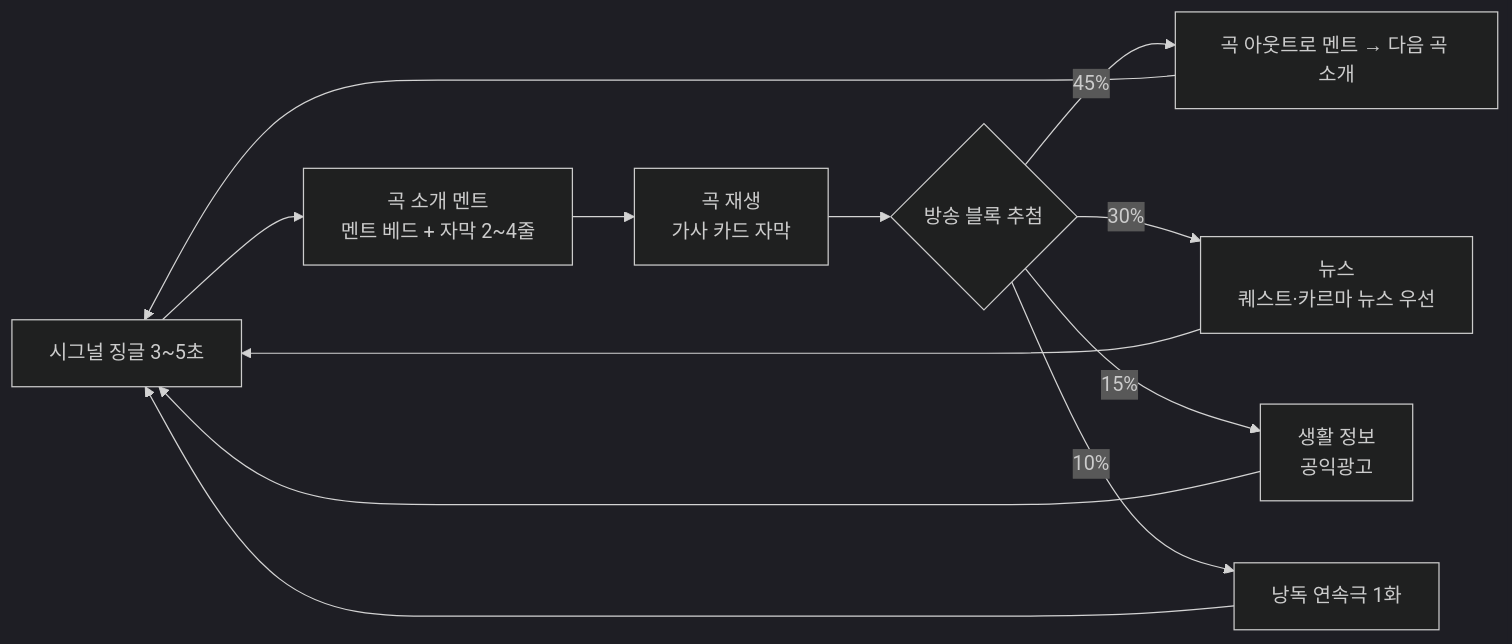
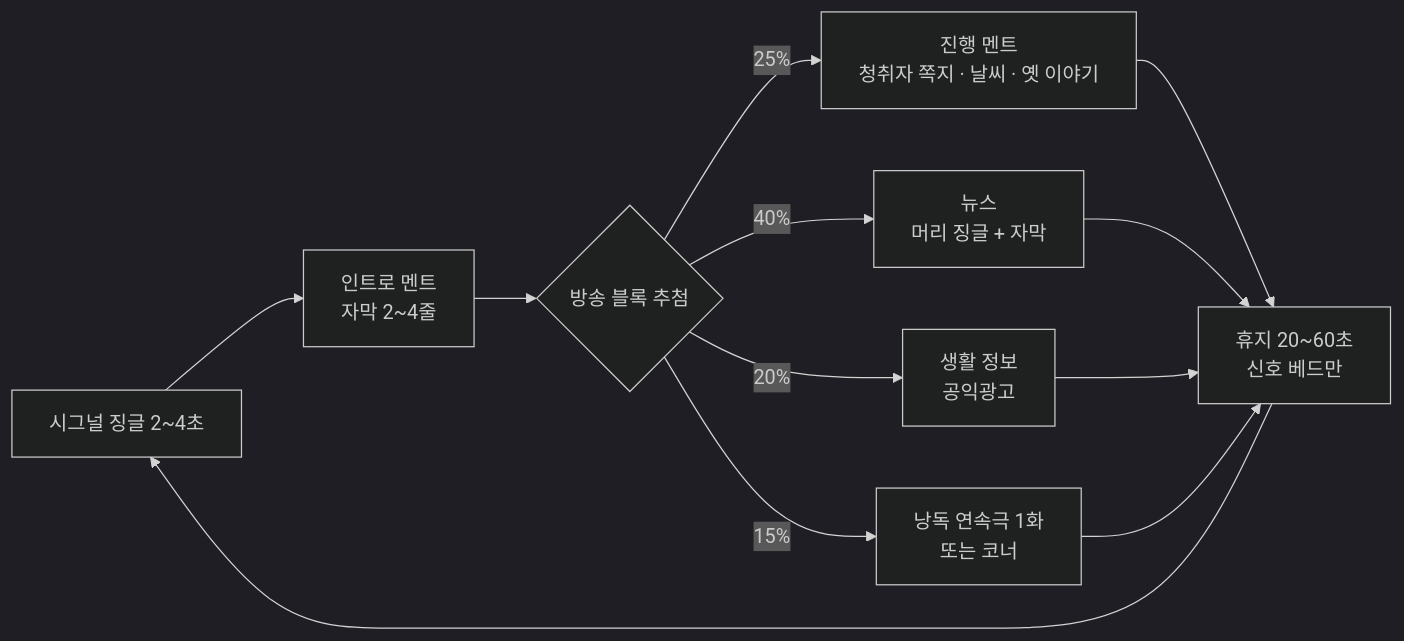
One commit to forsurvive/003 changed the first of 2 diagrams in docs/seoul-fallout/17_sound.md. Above: the diagram before and after it, drawn with Mermaid (dark theme). The commit also changed other lines of this file and 29 other files, not shown here.

````diff
--- a/docs/seoul-fallout/17_sound.md
+++ b/docs/seoul-fallout/17_sound.md
@@ -369,14 +368,14 @@
 ```mermaid
 flowchart LR
-  A["시그널 징글 3~5초"] --> B["곡 소개 멘트<br/>멘트 베드 + 자막 2~4줄"]
-  B --> C["곡 재생<br/>가사 카드 자막"]
-  C --> D{"방송 블록 추첨"}
-  D -->|"45%"| E["곡 아웃트로 멘트 → 다음 곡 소개"]
-  D -->|"30%"| F["뉴스<br/>퀘스트·카르마 뉴스 우선"]
-  D -->|"15%"| G["생활 정보<br/>공익광고"]
-  D -->|"10%"| H["낭독 연속극 1화"]
-  E --> A
-  F --> A
-  G --> A
-  H --> A
+  A["시그널 징글 2~4초"] --> B["인트로 멘트<br/>자막 2~4줄"]
+  B --> D{"방송 블록 추첨"}
+  D -->|"40%"| F["뉴스<br/>머리 징글 + 자막"]
+  D -->|"25%"| E["진행 멘트<br/>청취자 쪽지 · 날씨 · 옛 이야기"]
+  D -->|"20%"| G["생활 정보<br/>공익광고"]
+  D -->|"15%"| H["낭독 연속극 1화<br/>또는 코너"]
+  E --> R["휴지 20~60초<br/>신호 베드만"]
+  F --> R
+  G --> R
+  H --> R
+  R --> A
 ```
````
